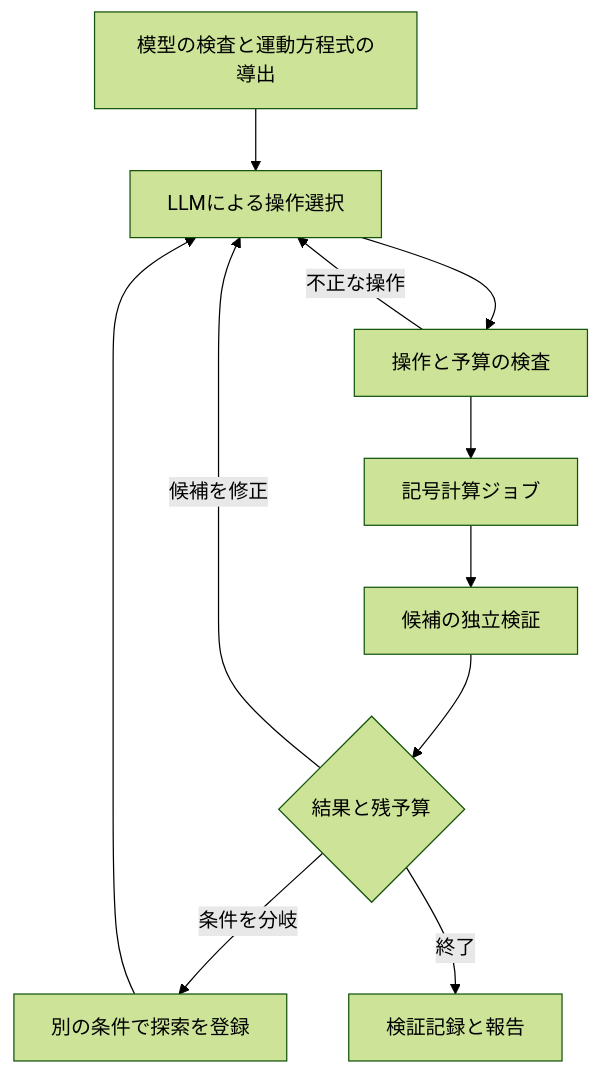
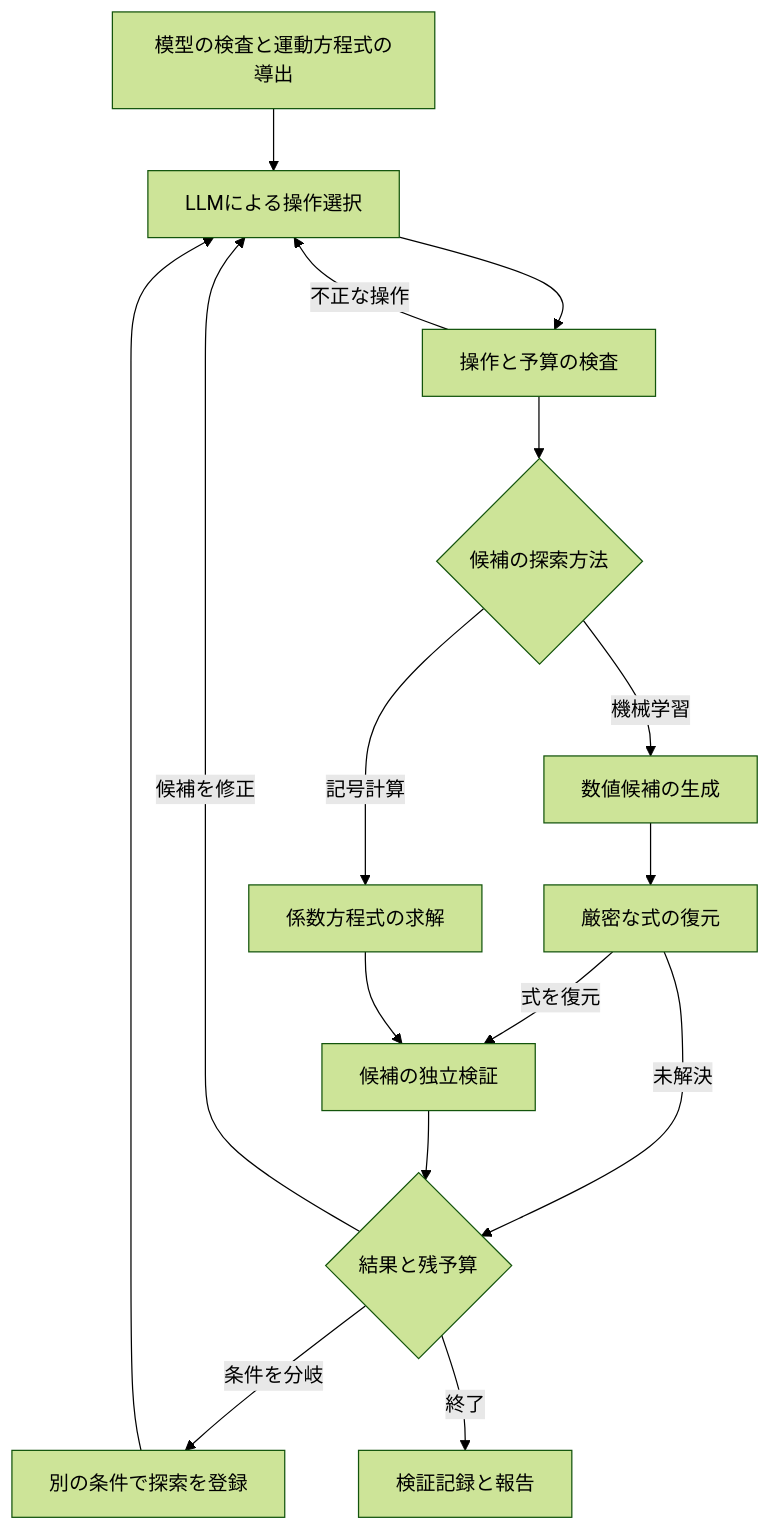
Before and after one commit to ryos-physrockme/nlsm-lax-agent: the diagram in docs/architecture.ja.md, drawn with Mermaid (forest theme). The commit also changed other lines of this file and 5 other files, not shown here.

````diff
--- a/docs/architecture.ja.md
+++ b/docs/architecture.ja.md
@@ -97,13 +99,18 @@
 ```mermaid
 flowchart TD
     I[模型の検査と運動方程式の導出] --> P[LLMによる操作選択]
     P --> V[操作と予算の検査]
-    V --> C[記号計算ジョブ]
+    V --> S{候補の探索方法}
+    S -->|記号計算| C[係数方程式の求解]
+    S -->|機械学習| N[数値候補の生成]
+    N --> E[厳密な式の復元]
+    E -->|式を復元| Q
+    E -->|未解決| R
     C --> Q[候補の独立検証]
     Q --> R{結果と残予算}
     R -->|候補を修正| P
     R -->|条件を分岐| B[別の条件で探索を登録]
     B --> P
     R -->|終了| O[検証記録と報告]
     V -->|不正な操作| P
 ```
````
